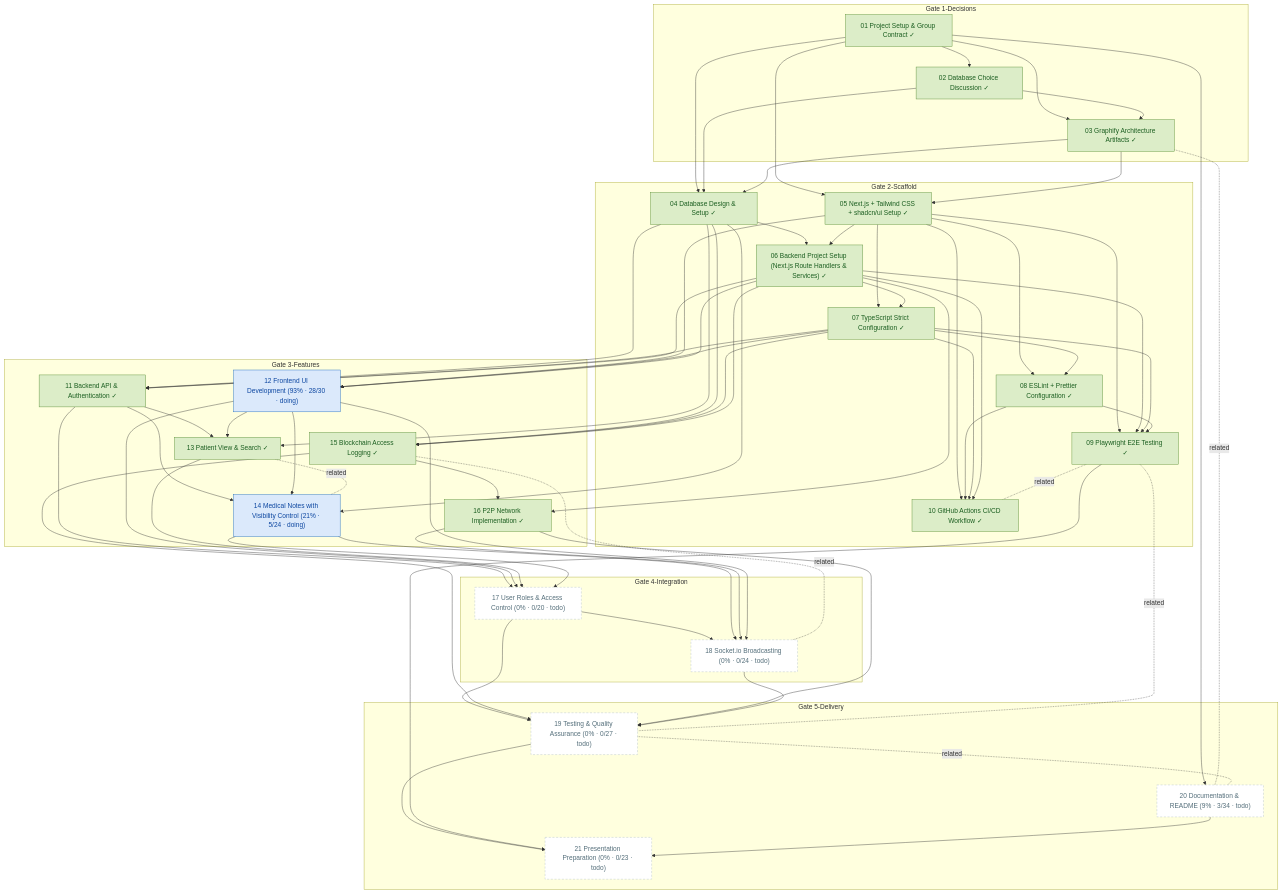
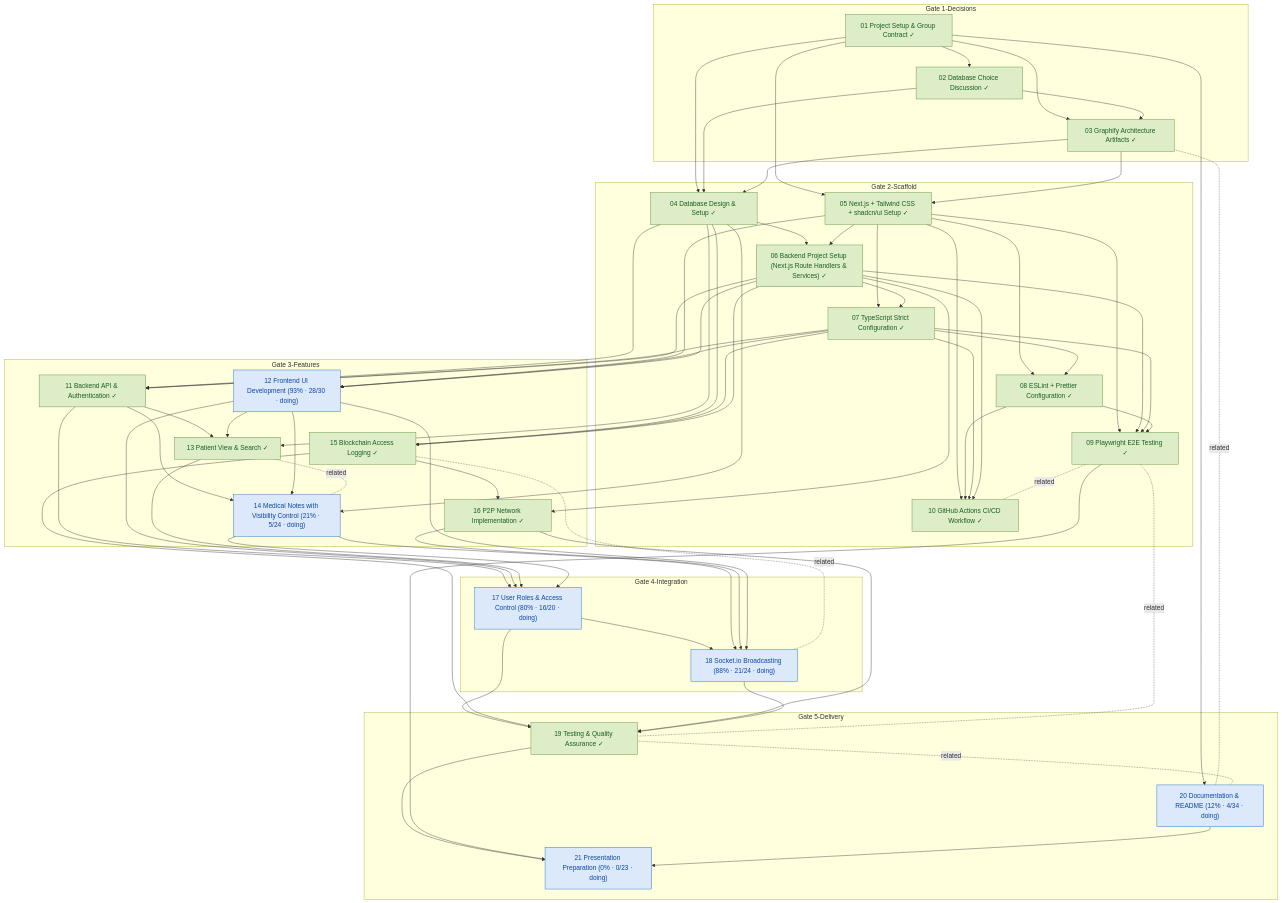
One commit to matdevstamp/inl-3-awesome-journal changed the diagram in docs/diagrams/task-dependencies.md. Above: the diagram before and after it, drawn with Mermaid. The commit also changed other lines of this file and 1 other file, not shown here.

Commit message:
docs: regenerate task diagrams after status updates
Task 17 was marked DOING but the diagrams still showed it as 0% / todo
because they were generated before the merge brought in the newer task
metadata. Same for 18, 19, 20 and 21.

Regenerated with:
  python3 -m project_management plan gantt --output docs/diagrams/task-gantt.md
  python3 -m project_management plan graph --output docs/diagrams/task-dependencies.md

17: 0% -> 80% (16/20, doing)
18: 0% -> 88% (21/24, doing)
19: 0% -> done
20: 9% -> 12%
21: 0% (23 unchecked, correct: the presentation has not happened)

The pako mermaid.live links round-trip the new content, so the links and the
diagrams stay in sync.

````diff
--- a/docs/diagrams/task-dependencies.md
+++ b/docs/diagrams/task-dependencies.md
@@ -54,13 +54,13 @@
     T16["16 P2P Network Implementation ✓"]
     end
     subgraph integration["Gate 4-Integration"]
-    T17["17 User Roles & Access Control (0% · 0/20 · todo)"]
-    T18["18 Socket.io Broadcasting (0% · 0/24 · todo)"]
+    T17["17 User Roles & Access Control (80% · 16/20 · doing)"]
+    T18["18 Socket.io Broadcasting (88% · 21/24 · doing)"]
     end
     subgraph delivery["Gate 5-Delivery"]
-    T19["19 Testing & Quality Assurance (0% · 0/27 · todo)"]
-    T20["20 Documentation & README (9% · 3/34 · todo)"]
-    T21["21 Presentation Preparation (0% · 0/23 · todo)"]
+    T19["19 Testing & Quality Assurance ✓"]
+    T20["20 Documentation & README (12% · 4/34 · doing)"]
+    T21["21 Presentation Preparation (0% · 0/23 · doing)"]
     end
     T01 --> T02
     T01 --> T03
@@ -142,9 +142,9 @@
     class T14 doing;
     class T15 done;
     class T16 done;
-    class T17 todo;
-    class T18 todo;
-    class T19 todo;
-    class T20 todo;
-    class T21 todo;
+    class T17 doing;
+    class T18 doing;
+    class T19 done;
+    class T20 doing;
+    class T21 doing;
 ```
````
